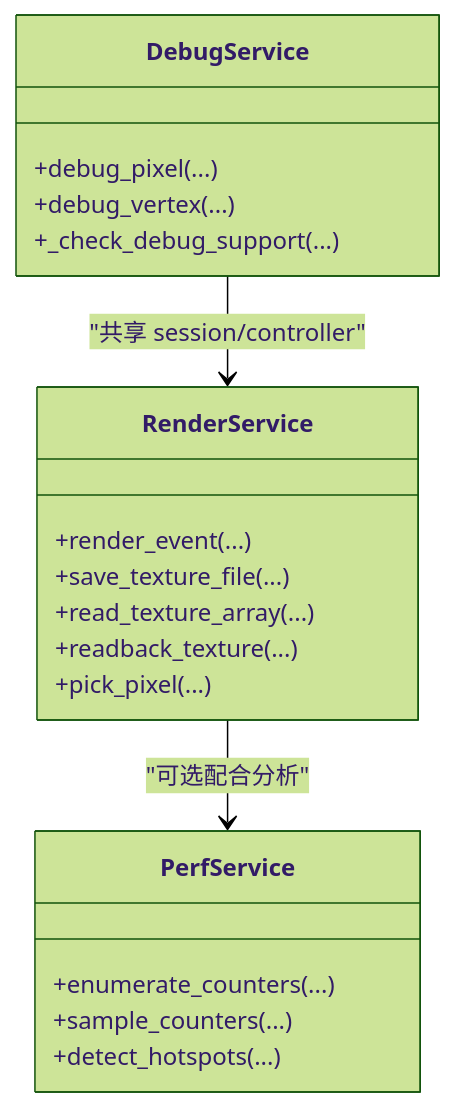
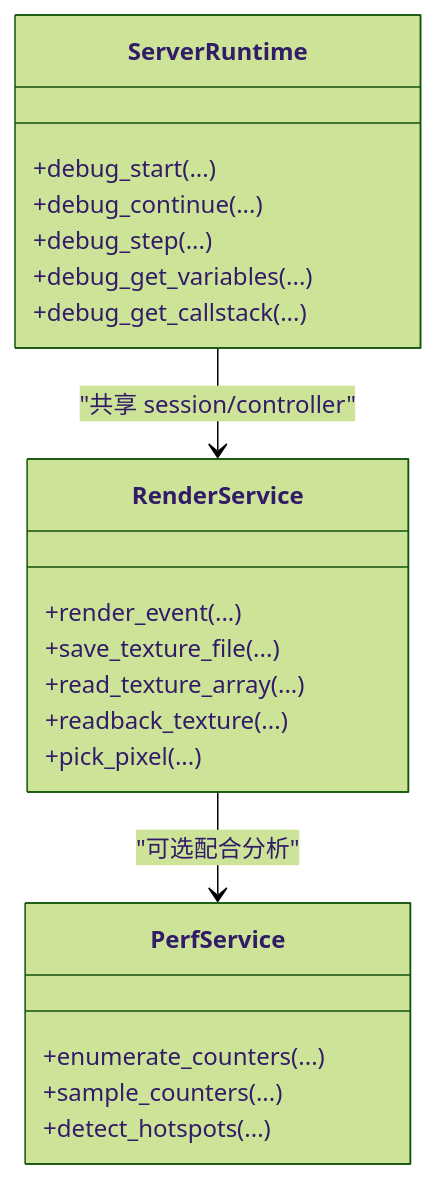
One commit to haolange/RDC-Tool changed the fourth of 9 diagrams in .qoder/repowiki/zh/content/项目概述/核心功能.md. Above: the diagram before and after it, drawn with Mermaid (forest theme). The commit also changed other lines of this file and 79 other files, not shown here.

````diff
--- a/.qoder/repowiki/zh/content/项目概述/核心功能.md
+++ b/.qoder/repowiki/zh/content/项目概述/核心功能.md
@@ -155,22 +157,24 @@
 ```mermaid
 classDiagram
 class RenderService {
 +render_event(...)
 +save_texture_file(...)
 +read_texture_array(...)
 +readback_texture(...)
 +pick_pixel(...)
 }
-class DebugService {
-+debug_pixel(...)
-+debug_vertex(...)
-+_check_debug_support(...)
+class ServerRuntime {
++debug_start(...)
++debug_continue(...)
++debug_step(...)
++debug_get_variables(...)
++debug_get_callstack(...)
 }
 class PerfService {
 +enumerate_counters(...)
 +sample_counters(...)
 +detect_hotspots(...)
 }
 RenderService --> PerfService : "可选配合分析"
-DebugService --> RenderService : "共享 session/controller"
+ServerRuntime --> RenderService : "共享 session/controller"
 ```
````
